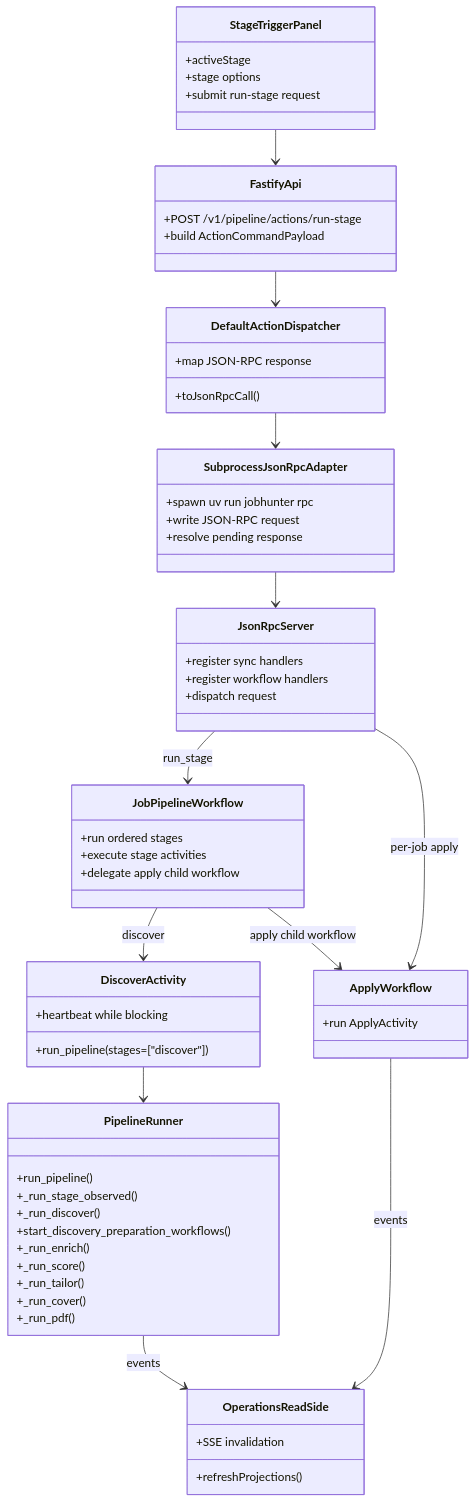
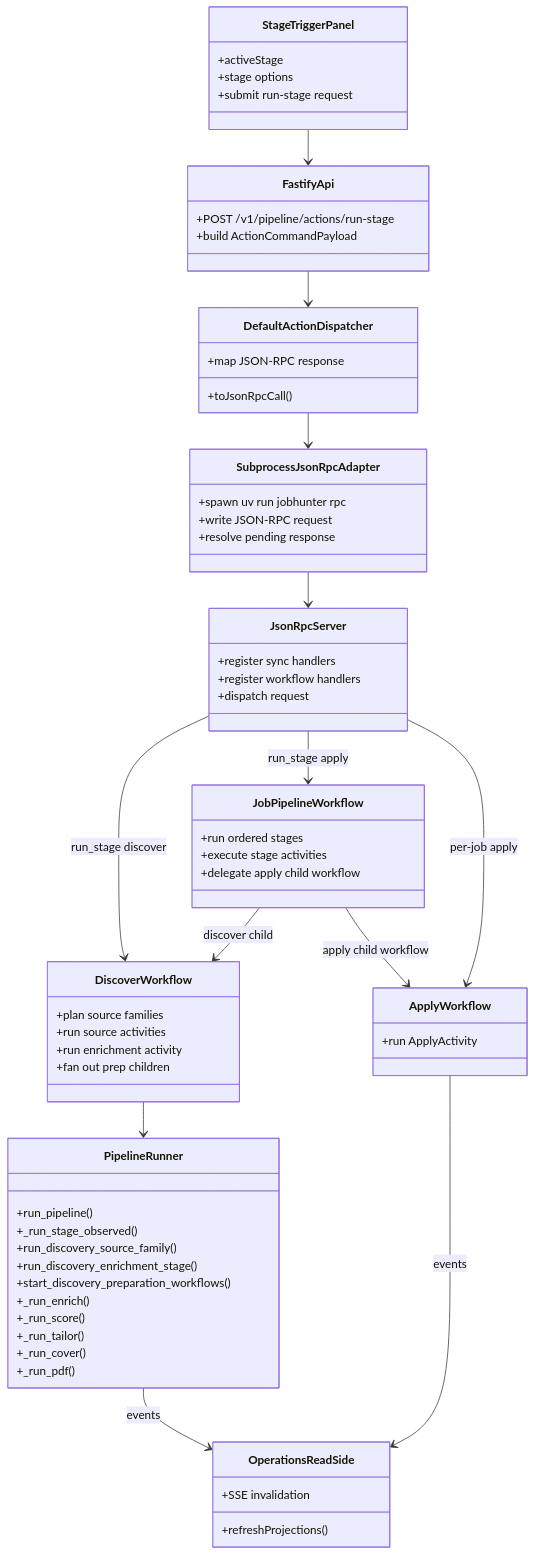
Before and after one commit to ebarti/JobCtrl: the second of 16 diagrams in docs/job-pipeline-architecture.md, drawn with Mermaid. The commit also changed other lines of this file and 27 other files, not shown here.

Commit message:
feat(discovery): decompose discover into workflow

````diff
--- a/docs/job-pipeline-architecture.md
+++ b/docs/job-pipeline-architecture.md
@@ -134,65 +137,69 @@
 ```mermaid
 classDiagram
     class StageTriggerPanel {
       +activeStage
       +stage options
       +submit run-stage request
     }
     class FastifyApi {
       +POST /v1/pipeline/actions/run-stage
       +build ActionCommandPayload
     }
     class DefaultActionDispatcher {
       +toJsonRpcCall()
       +map JSON-RPC response
     }
     class SubprocessJsonRpcAdapter {
       +spawn uv run jobhunter rpc
       +write JSON-RPC request
       +resolve pending response
     }
     class JsonRpcServer {
       +register sync handlers
       +register workflow handlers
       +dispatch request
     }
     class JobPipelineWorkflow {
       +run ordered stages
       +execute stage activities
       +delegate apply child workflow
     }
-    class DiscoverActivity {
-      +run_pipeline(stages=["discover"])
-      +heartbeat while blocking
+    class DiscoverWorkflow {
+      +plan source families
+      +run source activities
+      +run enrichment activity
+      +fan out prep children
     }
     class PipelineRunner {
       +run_pipeline()
       +_run_stage_observed()
-      +_run_discover()
+      +run_discovery_source_family()
+      +run_discovery_enrichment_stage()
       +start_discovery_preparation_workflows()
       +_run_enrich()
       +_run_score()
       +_run_tailor()
       +_run_cover()
       +_run_pdf()
     }
     class ApplyWorkflow {
       +run ApplyActivity
     }
     class OperationsReadSide {
       +refreshProjections()
       +SSE invalidation
     }
 
     StageTriggerPanel --> FastifyApi
     FastifyApi --> DefaultActionDispatcher
     DefaultActionDispatcher --> SubprocessJsonRpcAdapter
     SubprocessJsonRpcAdapter --> JsonRpcServer
-    JsonRpcServer --> JobPipelineWorkflow : run_stage
+    JsonRpcServer --> DiscoverWorkflow : run_stage discover
+    JsonRpcServer --> JobPipelineWorkflow : run_stage apply
     JsonRpcServer --> ApplyWorkflow : per-job apply
-    JobPipelineWorkflow --> DiscoverActivity : discover
+    JobPipelineWorkflow --> DiscoverWorkflow : discover child
     JobPipelineWorkflow --> ApplyWorkflow : apply child workflow
-    DiscoverActivity --> PipelineRunner
+    DiscoverWorkflow --> PipelineRunner
     PipelineRunner --> OperationsReadSide : events
     ApplyWorkflow --> OperationsReadSide : events
 ```
````
